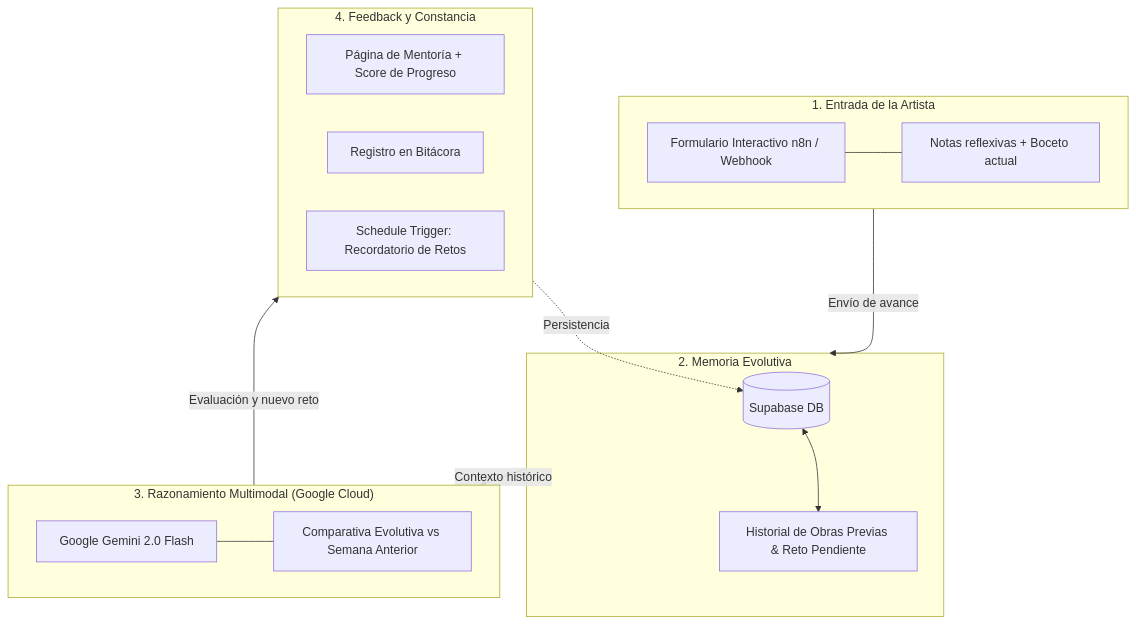
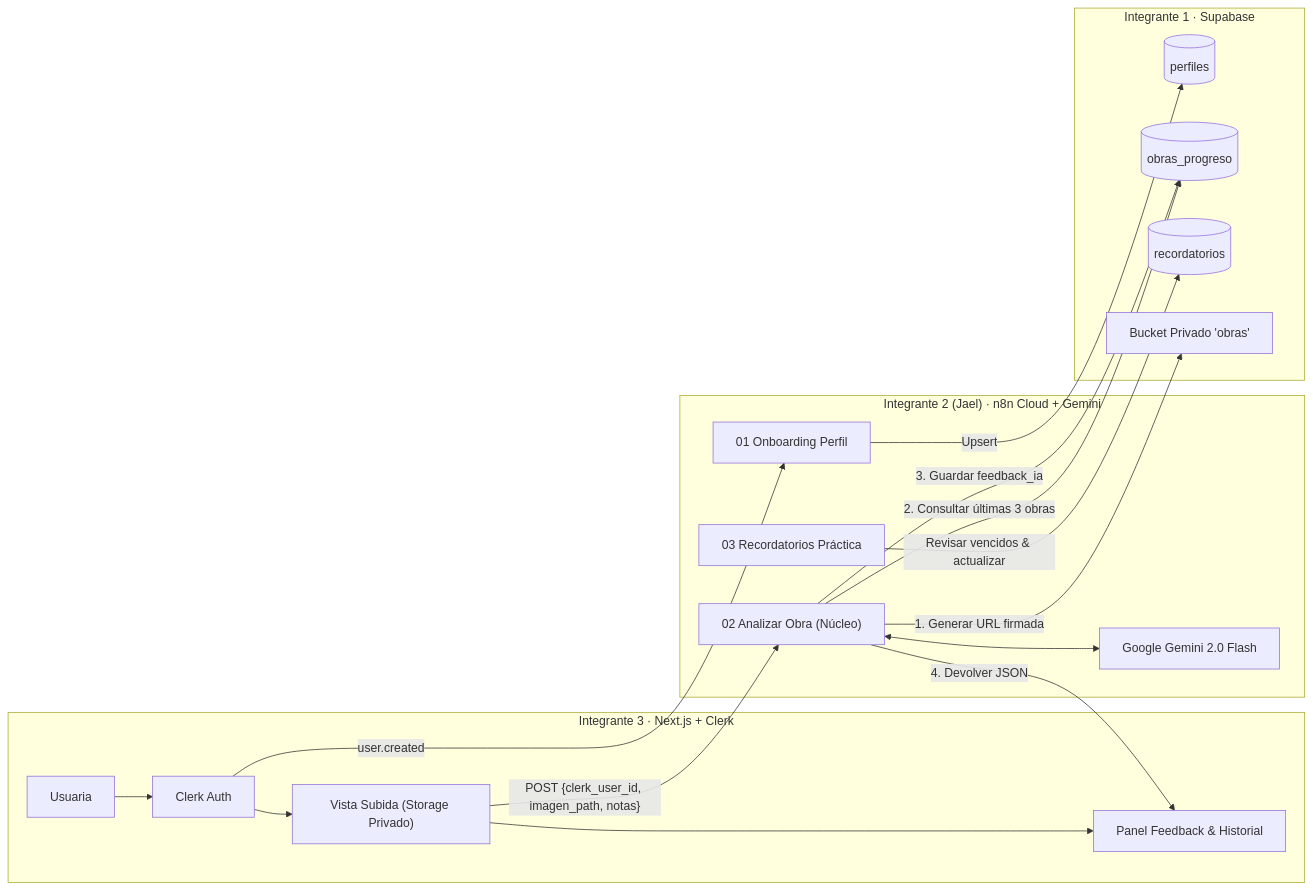
One commit to Jael-S/musa-studio-n8n changed the diagram in README.md. Above: the diagram before and after it, drawn with Mermaid. The commit also changed other lines of this file and 10 other files, not shown here.

Commit message:
feat: align exact contracts for Integrante 1 (Supabase), Integrante 2 (n8n/Gemini) and Integrante 3 (Next.js/Clerk)

````diff
--- a/README.md
+++ b/README.md
@@ -29,31 +35,31 @@
 ```mermaid
-flowchart TD
-    subgraph Entrada["1. Entrada de la Artista"]
-        A["Formulario Interactivo n8n / Webhook"]
-        B["Notas reflexivas + Boceto actual"]
-        A --- B
+flowchart LR
+    subgraph Frontend["Integrante 3 · Next.js + Clerk"]
+        U["Usuaria"] --> C["Clerk Auth"]
+        C --> F1["Vista Subida (Storage Privado)"]
+        F1 --> F2["Panel Feedback & Historial"]
     end
 
-    subgraph Memoria["2. Memoria Evolutiva"]
-        C[("Supabase DB")]
-        D["Historial de Obras Previas & Reto Pendiente"]
-        C <--> D
+    subgraph Backend["Integrante 2 (Jael) · n8n Cloud + Gemini"]
+        W1["01 Onboarding Perfil"]
+        W2["02 Analizar Obra (Núcleo)"]
+        W3["03 Recordatorios Práctica"]
+        G["Google Gemini 2.0 Flash"]
+        W2 <--> G
     end
 
-    subgraph Cerebro["3. Razonamiento Multimodal (Google Cloud)"]
-        E["Google Gemini 2.0 Flash"]
-        F["Comparativa Evolutiva vs Semana Anterior"]
-        E --- F
+    subgraph Database["Integrante 1 · Supabase"]
+        S1[("perfiles")]
+        S2[("obras_progreso")]
+        S3[("recordatorios")]
+        SB["Bucket Privado 'obras'"]
     end
 
-    subgraph Salida["4. Feedback y Constancia"]
-        G["Página de Mentoría + Score de Progreso"]
-        H["Registro en Bitácora"]
-        I["Schedule Trigger: Recordatorio de Retos"]
-    end
-
-    Entrada -->|"Envío de avance"| Memoria
-    Memoria -->|"Contexto histórico"| Cerebro
-    Cerebro -->|"Evaluación y nuevo reto"| Salida
-    Salida -.->|"Persistencia"| C
+    C -->|"user.created"| W1 -->|"Upsert"| S1
+    F1 -->|"POST {clerk_user_id, imagen_path, notas}"| W2
+    W2 -->|"1. Generar URL firmada"| SB
+    W2 -->|"2. Consultar últimas 3 obras"| S2
+    W2 -->|"3. Guardar feedback_ia"| S2
+    W2 -->|"4. Devolver JSON"| F2
+    W3 -->|"Revisar vencidos & actualizar"| S3
 ```
````
